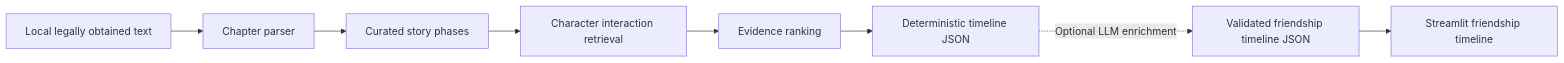
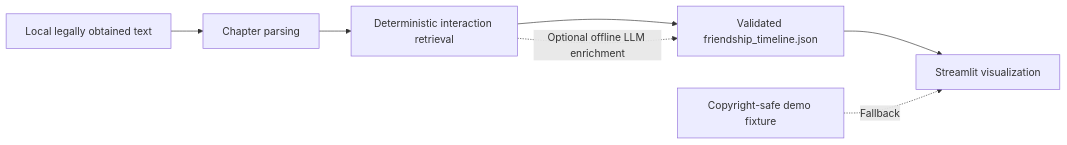
Before and after one commit to haleyparks329/potter-new-haley: the diagram in README.md, drawn with Mermaid. The commit also changed other lines of this file, not shown here.

````diff
--- a/README.md
+++ b/README.md
@@ -20,10 +69,9 @@
 ```mermaid
 flowchart LR
-    A[Local legally obtained text] --> B[Chapter parser]
-    B --> C[Curated story phases]
-    C --> D[Character interaction retrieval]
-    D --> E[Evidence ranking]
-    E --> F[Deterministic timeline JSON]
-    F -. Optional LLM enrichment .-> G[Validated friendship timeline JSON]
-    G --> H[Streamlit friendship timeline]
+    A[Local legally obtained text] --> B[Chapter parsing]
+    B --> C[Deterministic interaction retrieval]
+    C --> D[Validated friendship_timeline.json]
+    D --> E[Streamlit visualization]
+    C -. Optional offline LLM enrichment .-> D
+    F[Copyright-safe demo fixture] -. Fallback .-> E
 ```
````
